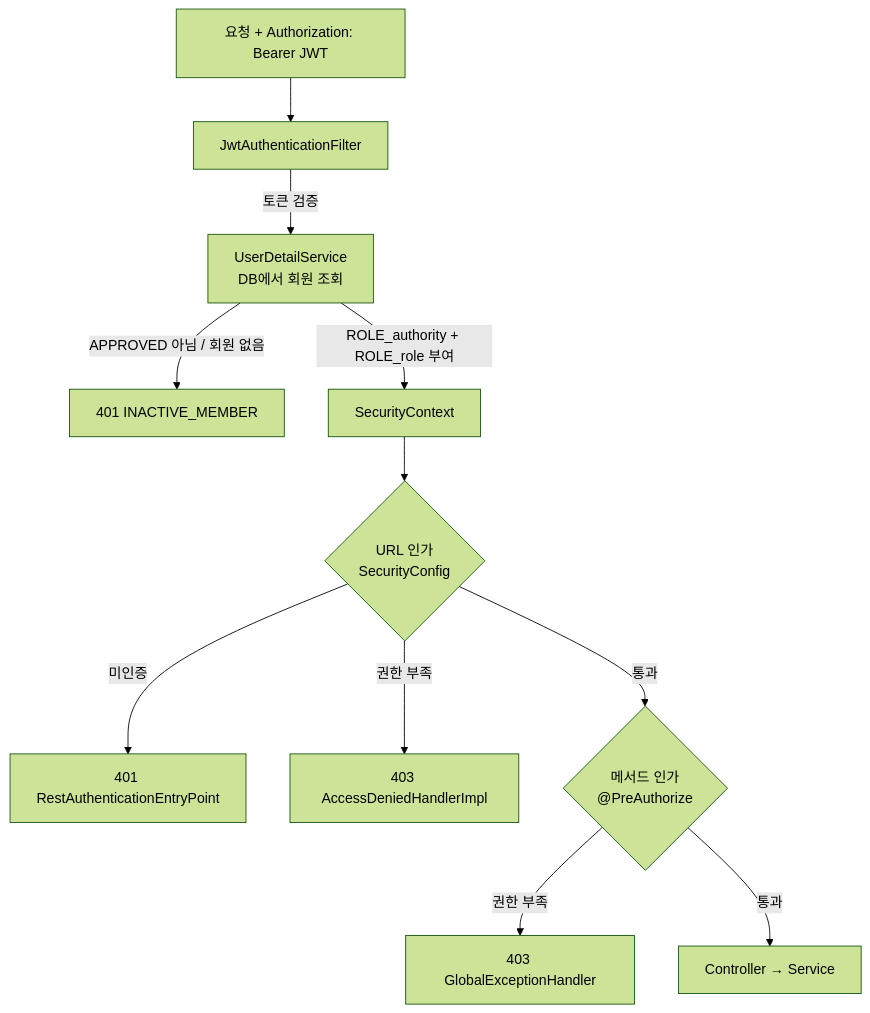
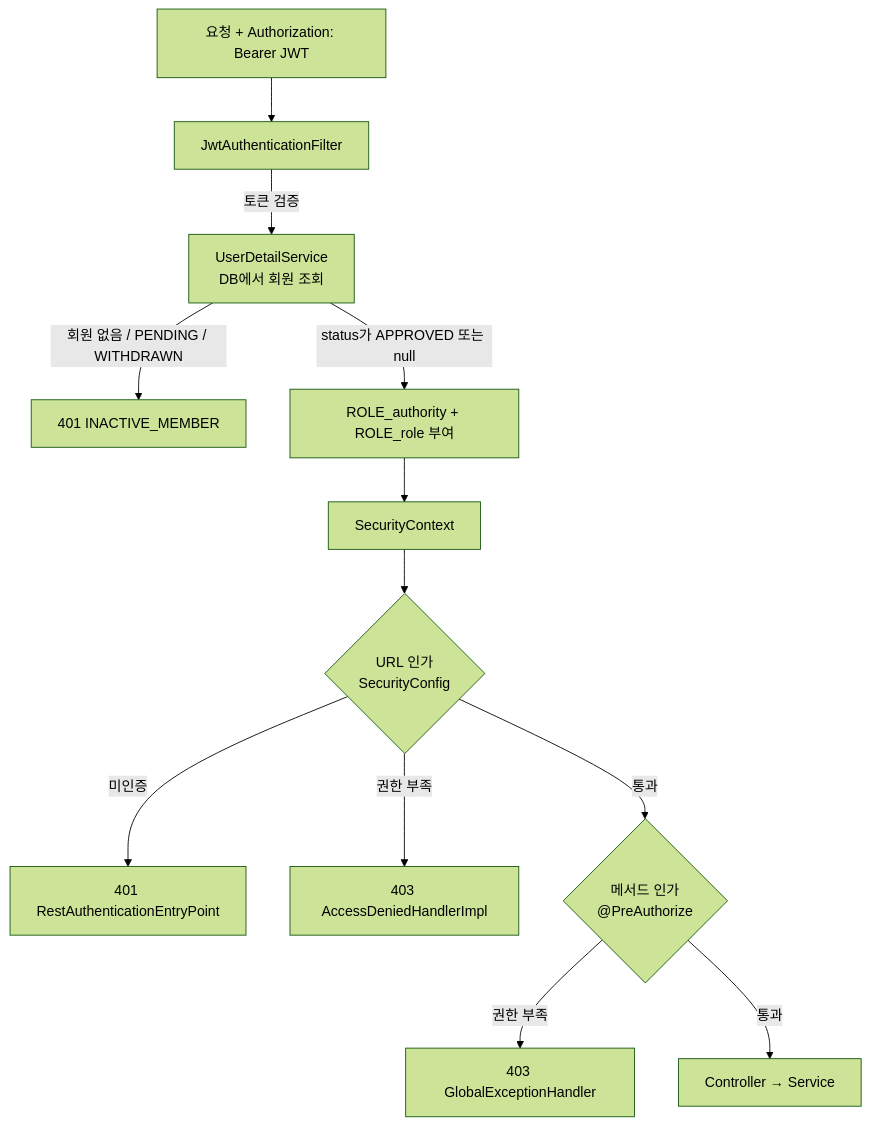
Before and after one commit to kusitms-com/api.kusitms.com: the diagram in docs/admin-authorization.md, drawn with Mermaid (forest theme). The commit also changed other lines of this file, not shown here.

````diff
--- a/docs/admin-authorization.md
+++ b/docs/admin-authorization.md
@@ -46,13 +49,14 @@
 ```mermaid
 flowchart TD
     A[요청 + Authorization: Bearer JWT] --> B[JwtAuthenticationFilter]
     B -->|토큰 검증| C[UserDetailService<br/>DB에서 회원 조회]
-    C -->|APPROVED 아님 / 회원 없음| X1[401 INACTIVE_MEMBER]
-    C -->|ROLE_authority + ROLE_role 부여| D[SecurityContext]
-    D --> E{URL 인가<br/>SecurityConfig}
-    E -->|미인증| X2[401 RestAuthenticationEntryPoint]
-    E -->|권한 부족| X3[403 AccessDeniedHandlerImpl]
-    E -->|통과| F{메서드 인가<br/>@PreAuthorize}
-    F -->|권한 부족| X4[403 GlobalExceptionHandler]
-    F -->|통과| G[Controller → Service]
+    C -->|회원 없음 / PENDING / WITHDRAWN| X1[401 INACTIVE_MEMBER]
+    C -->|status가 APPROVED 또는 null| D[ROLE_authority + ROLE_role 부여]
+    D --> E[SecurityContext]
+    E --> F{URL 인가<br/>SecurityConfig}
+    F -->|미인증| X2[401 RestAuthenticationEntryPoint]
+    F -->|권한 부족| X3[403 AccessDeniedHandlerImpl]
+    F -->|통과| G{메서드 인가<br/>@PreAuthorize}
+    G -->|권한 부족| X4[403 GlobalExceptionHandler]
+    G -->|통과| H[Controller → Service]
 ```
````
